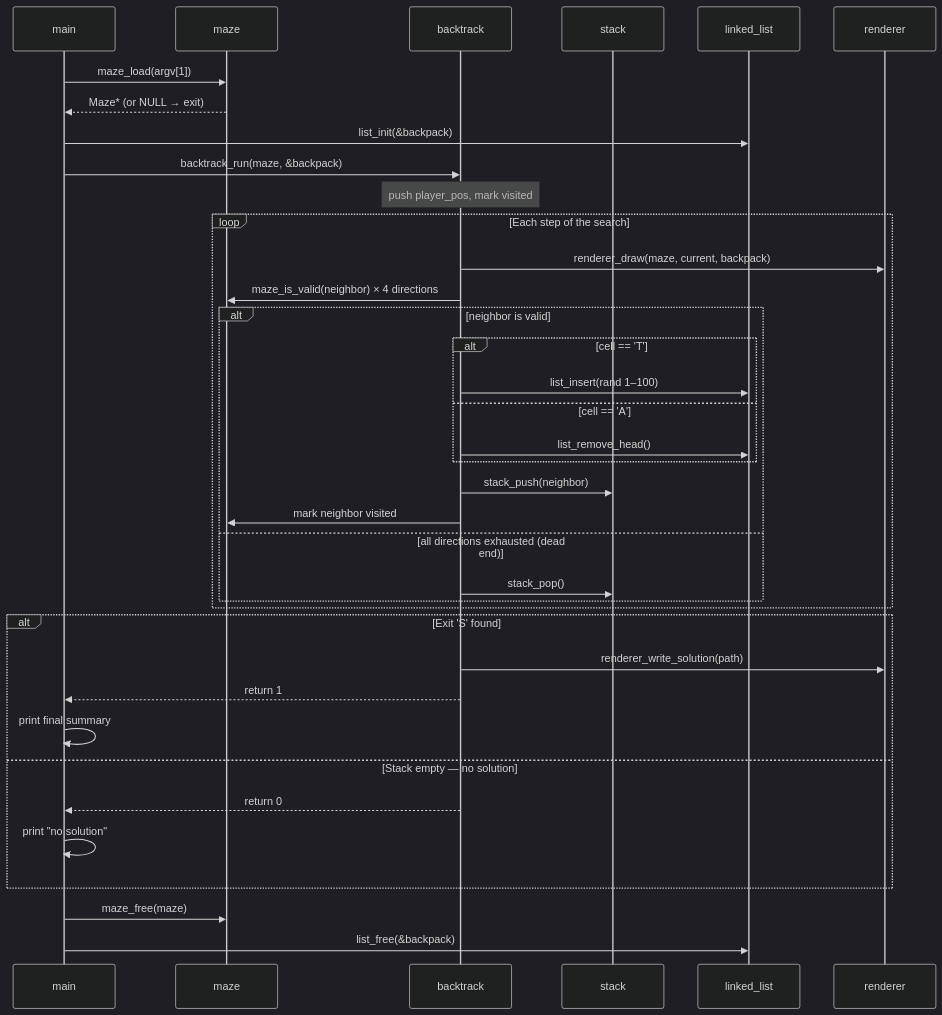
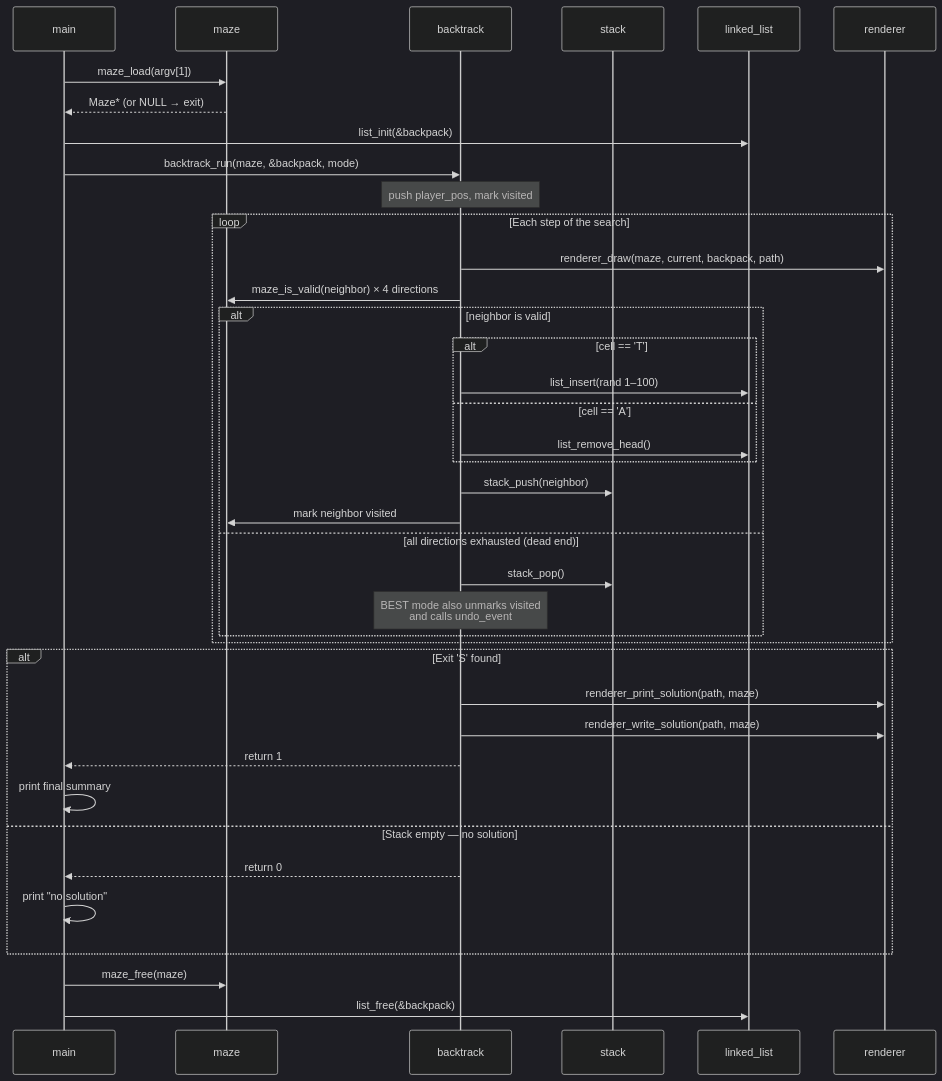
The third of 5 diagrams in docs/architecture.md (P-py/c-backtracking-maze), drawn with Mermaid (dark theme) before and after one commit. The commit also changed other lines of this file and 14 other files, not shown here.

````diff
--- a/docs/architecture.md
+++ b/docs/architecture.md
@@ -68,46 +69,48 @@
 ```mermaid
 sequenceDiagram
     participant M  as main
     participant Mz as maze
     participant BT as backtrack
     participant St as stack
     participant LL as linked_list
     participant R  as renderer
 
     M  ->> Mz : maze_load(argv[1])
     Mz -->> M : Maze* (or NULL → exit)
 
     M  ->> LL : list_init(&backpack)
-    M  ->> BT : backtrack_run(maze, &backpack)
+    M  ->> BT : backtrack_run(maze, &backpack, mode)
 
     Note over BT: push player_pos, mark visited
 
     loop Each step of the search
-        BT ->> R  : renderer_draw(maze, current, backpack)
+        BT ->> R  : renderer_draw(maze, current, backpack, path)
         BT ->> Mz : maze_is_valid(neighbor) × 4 directions
 
         alt neighbor is valid
             alt cell == 'T'
                 BT ->> LL : list_insert(rand 1–100)
             else cell == 'A'
                 BT ->> LL : list_remove_head()
             end
             BT ->> St : stack_push(neighbor)
             BT ->> Mz : mark neighbor visited
         else all directions exhausted (dead end)
             BT ->> St : stack_pop()
+            Note over BT: BEST mode also unmarks visited<br/>and calls undo_event
         end
     end
 
     alt Exit 'S' found
-        BT ->> R  : renderer_write_solution(path)
+        BT ->> R  : renderer_print_solution(path, maze)
+        BT ->> R  : renderer_write_solution(path, maze)
         BT -->> M : return 1
         M  ->> M  : print final summary
     else Stack empty — no solution
         BT -->> M : return 0
         M  ->> M  : print "no solution"
     end
 
     M ->> Mz : maze_free(maze)
     M ->> LL : list_free(&backpack)
 ```
````
